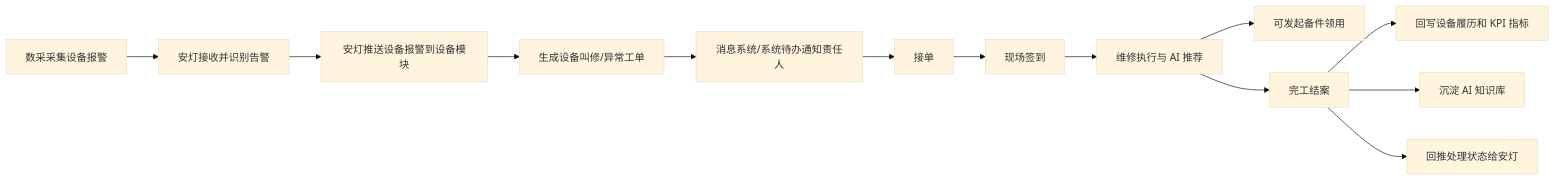
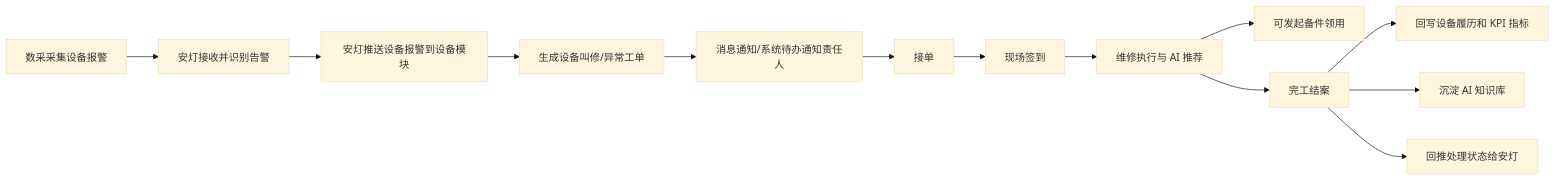
The second of 5 diagrams in 需求分析/00-总览与跨模块链路.md (front-yummy/equipment-management-standard), drawn with Mermaid (base theme) before and after one commit. The commit also changed other lines of this file and 15 other files, not shown here.

````diff
--- a/需求分析/00-总览与跨模块链路.md
+++ b/需求分析/00-总览与跨模块链路.md
@@ -33,15 +78,15 @@
 ```mermaid
 flowchart LR
     A[数采采集设备报警] --> B[安灯接收并识别告警]
     B --> C[安灯推送设备报警到设备模块]
     C --> D[生成设备叫修/异常工单]
-    D --> E[消息系统/系统待办通知责任人]
+    D --> E[消息通知/系统待办通知责任人]
     E --> F[接单]
     F --> G[现场签到]
     G --> H[维修执行与 AI 推荐]
     H --> I[可发起备件领用]
     H --> J[完工结案]
     J --> K[回写设备履历和 KPI 指标]
     J --> L[沉淀 AI 知识库]
     J --> M[回推处理状态给安灯]
 ```
````
